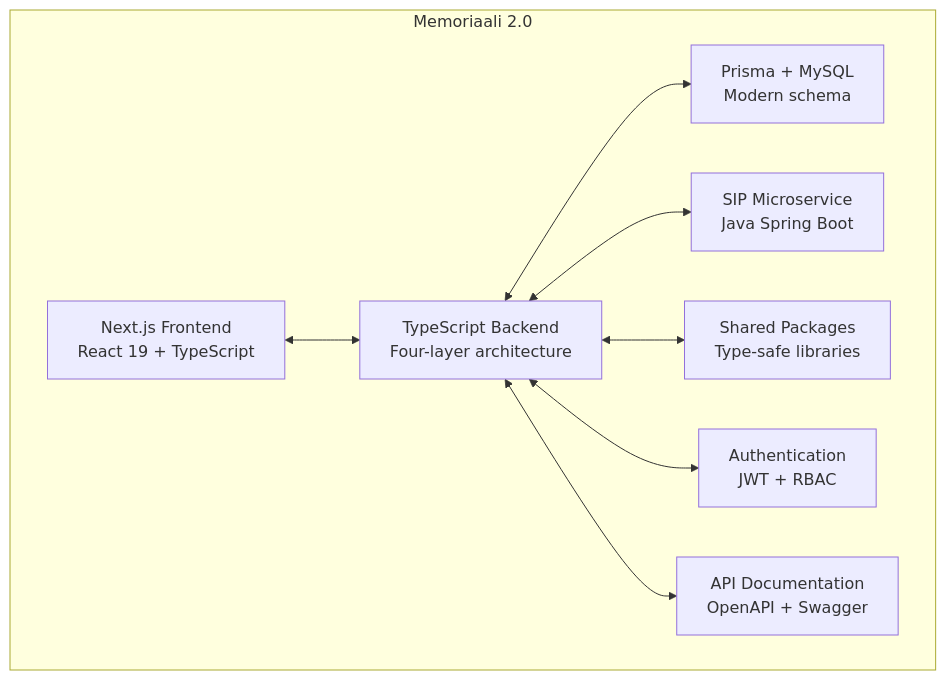
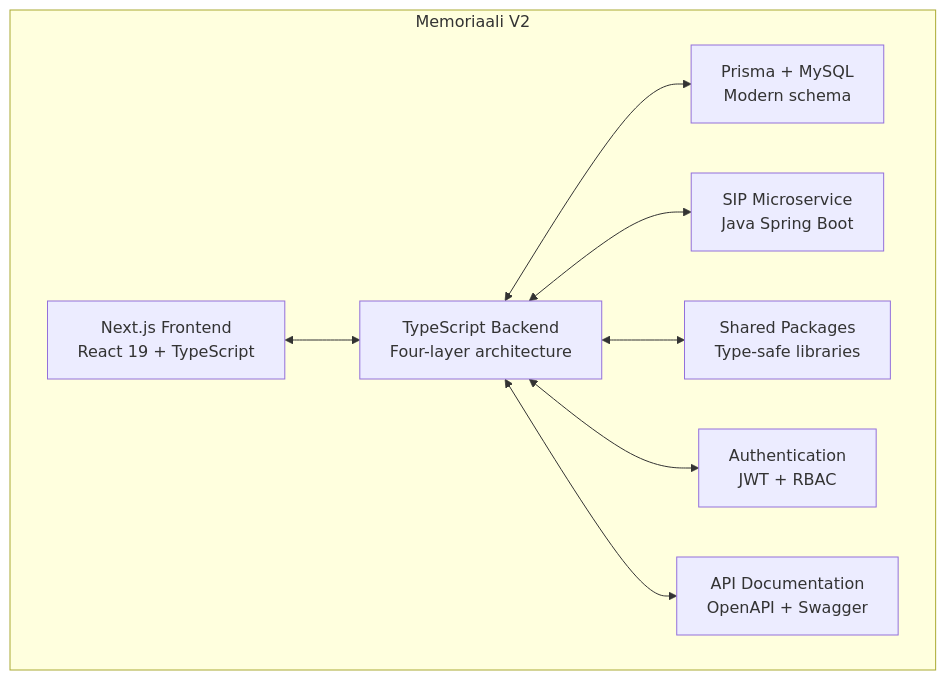
The first of 6 diagrams in docs/architecture/README.md (Memoriaali/Memoriaali), drawn with Mermaid before and after one commit. The commit also changed other lines of this file and 74 other files, not shown here.

````diff
--- a/docs/architecture/README.md
+++ b/docs/architecture/README.md
@@ -13,18 +13,18 @@
 ```mermaid
 graph TB
-    subgraph "Memoriaali 2.0"
+    subgraph "Memoriaali V2"
         M1["Next.js Frontend<br/>React 19 + TypeScript"]
         M2["TypeScript Backend<br/>Four-layer architecture"]
         M3["Prisma + MySQL<br/>Modern schema"]
         M4["SIP Microservice<br/>Java Spring Boot"]
         M5["Shared Packages<br/>Type-safe libraries"]
         M6["Authentication<br/>JWT + RBAC"]
         M7["API Documentation<br/>OpenAPI + Swagger"]
     end
     M1 <--> M2
     M2 <--> M3
     M2 <--> M4
     M2 <--> M5
     M2 <--> M6
     M2 <--> M7
 ```
````
